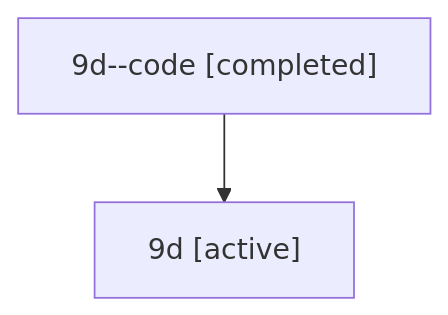
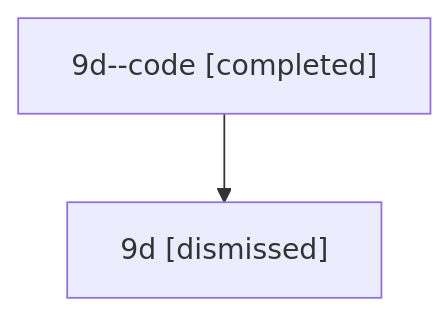
Before and after one commit to sase-org/sase--agents: the diagram in sessions/bbugyi200.athena.9d.md, drawn with Mermaid. The commit also changed other lines of this file and 40 other files, not shown here.

````diff
--- a/sessions/bbugyi200.athena.9d.md
+++ b/sessions/bbugyi200.athena.9d.md
@@ -9,6 +9,6 @@
 ```mermaid
 flowchart TD
   n0["9d--code [completed]"]
-  n1["9d [active]"]
+  n1["9d [dismissed]"]
   n0 --> n1
 ```
````
